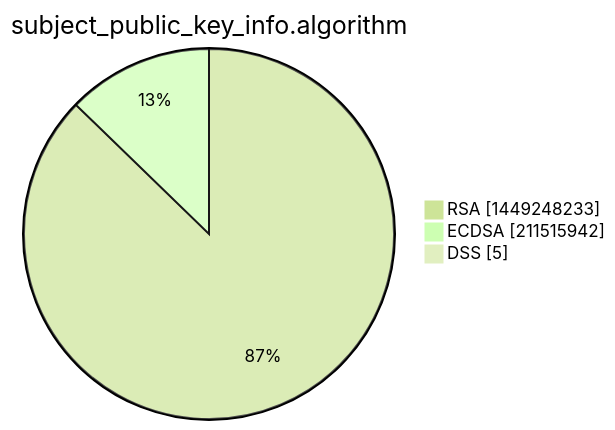
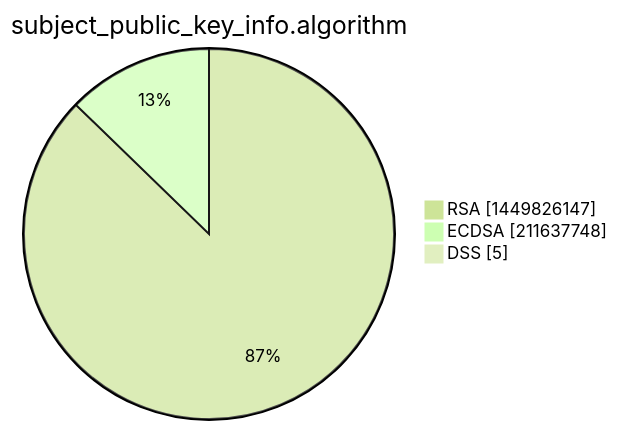
The third of 15 diagrams in xenon2022/README.md (christiankrug/ctmonitor_visualization), drawn with Mermaid (forest theme) before and after one commit. The commit also changed other lines of this file, not shown here.

````diff
--- a/xenon2022/README.md
+++ b/xenon2022/README.md
@@ -14,7 +14,7 @@
 ```mermaid
 pie showData
 title subject_public_key_info.algorithm
-"RSA" :1449248233
-"ECDSA" :211515942
+"RSA" :1449826147
+"ECDSA" :211637748
 "DSS" :5
 ```
````
